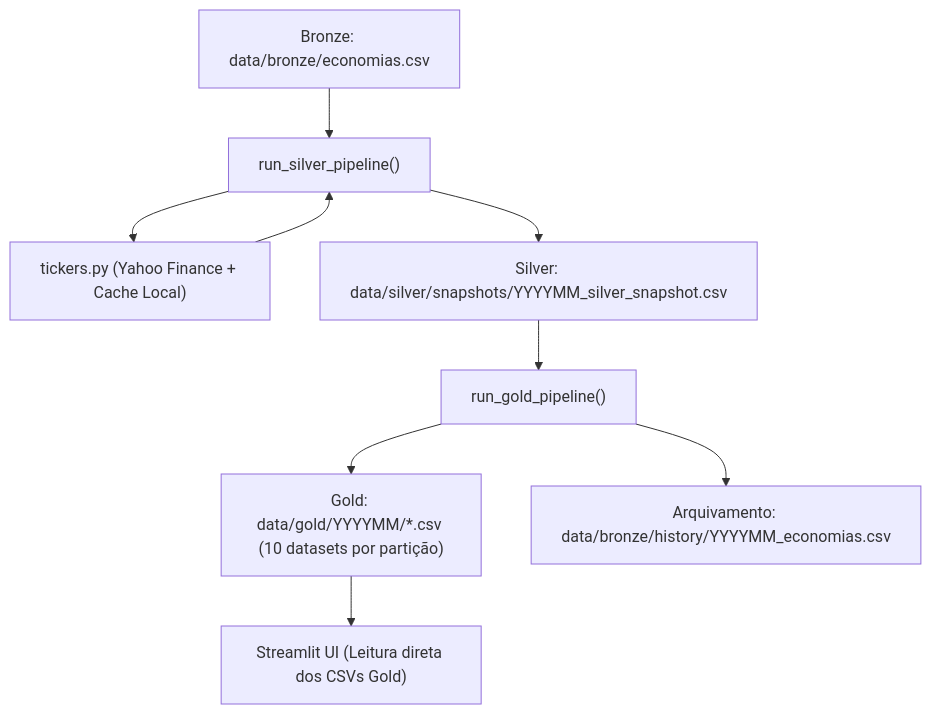
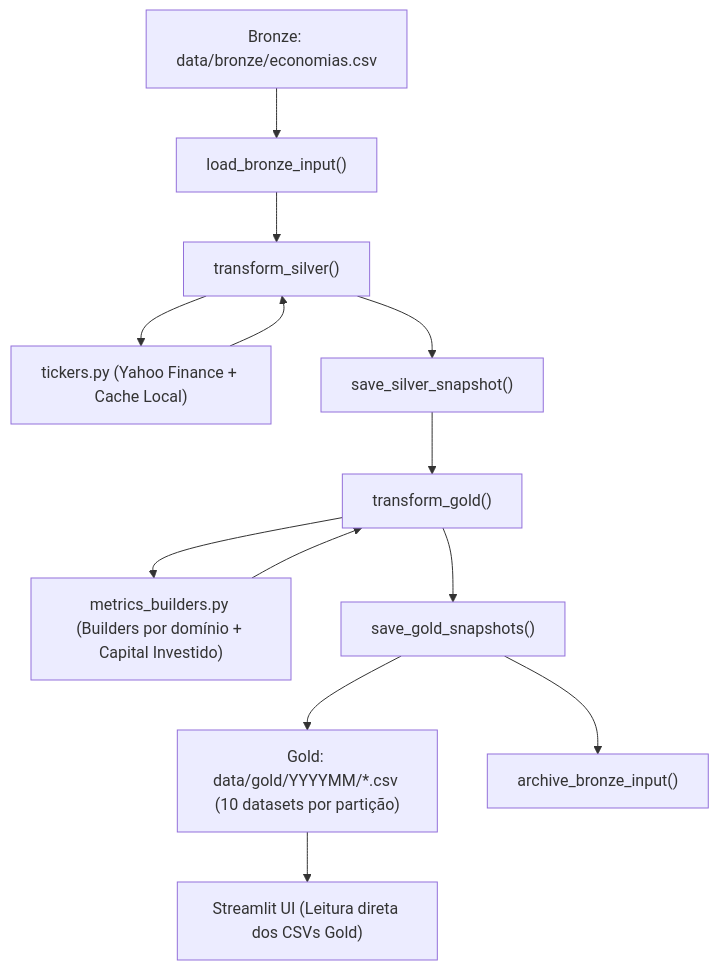
Before and after one commit to thpgoncalves/investment-visualizer: the diagram in README.MD, drawn with Mermaid. The commit also changed other lines of this file and 13 other files, not shown here.

````diff
--- a/README.MD
+++ b/README.MD
@@ -84,11 +87,15 @@
 ```mermaid
 flowchart TD
-    A["Bronze: data/bronze/economias.csv"] --> B["run_silver_pipeline()"]
-    B --> C["tickers.py (Yahoo Finance + Cache Local)"]
-    C --> B
-    B --> D["Silver: data/silver/snapshots/YYYYMM_silver_snapshot.csv"]
-    D --> E["run_gold_pipeline()"]
-    E --> F["Gold: data/gold/YYYYMM/*.csv (10 datasets por partição)"]
-    E --> G["Arquivamento: data/bronze/history/YYYYMM_economias.csv"]
-    F --> H["Streamlit UI (Leitura direta dos CSVs Gold)"]
+    A["Bronze: data/bronze/economias.csv"] --> B["load_bronze_input()"]
+    B --> C["transform_silver()"]
+    C --> D["tickers.py (Yahoo Finance + Cache Local)"]
+    D --> C
+    C --> E["save_silver_snapshot()"]
+    E --> F["transform_gold()"]
+    F --> G["metrics_builders.py (Builders por domínio + Capital Investido)"]
+    G --> F
+    F --> H["save_gold_snapshots()"]
+    H --> I["Gold: data/gold/YYYYMM/*.csv (10 datasets por partição)"]
+    H --> J["archive_bronze_input()"]
+    I --> K["Streamlit UI (Leitura direta dos CSVs Gold)"]
 ```
````
